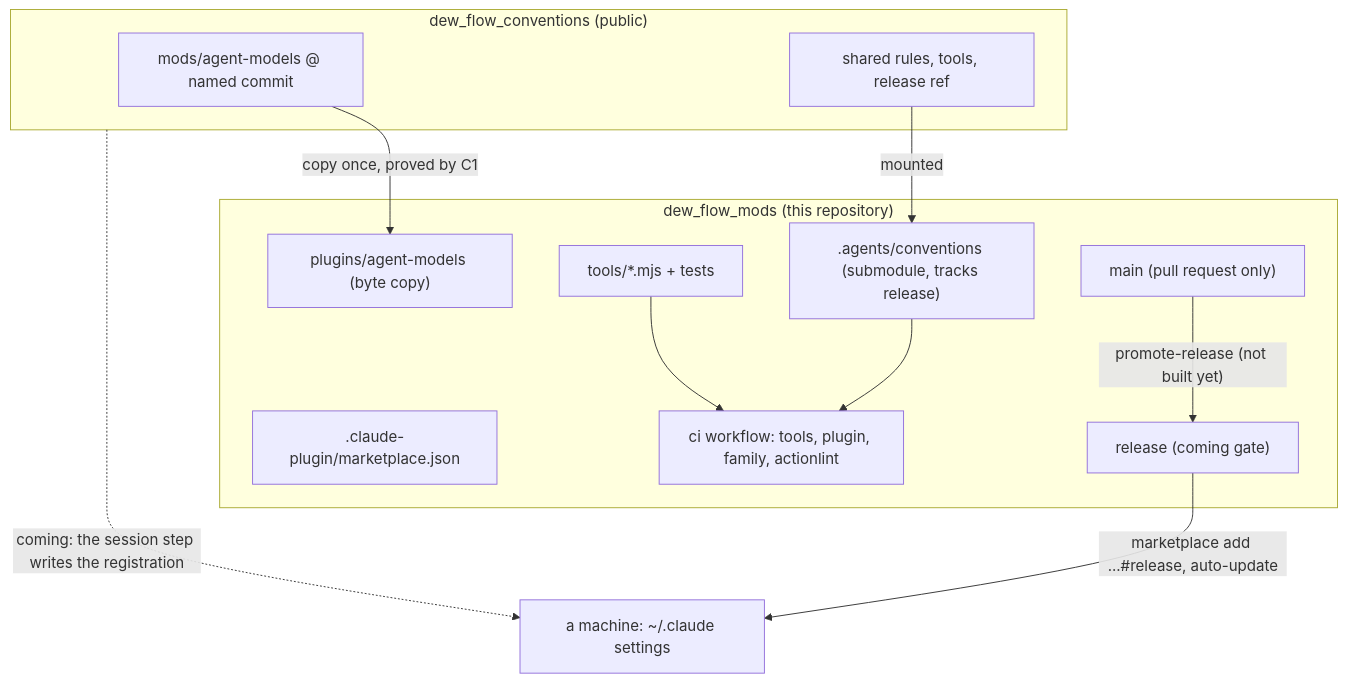
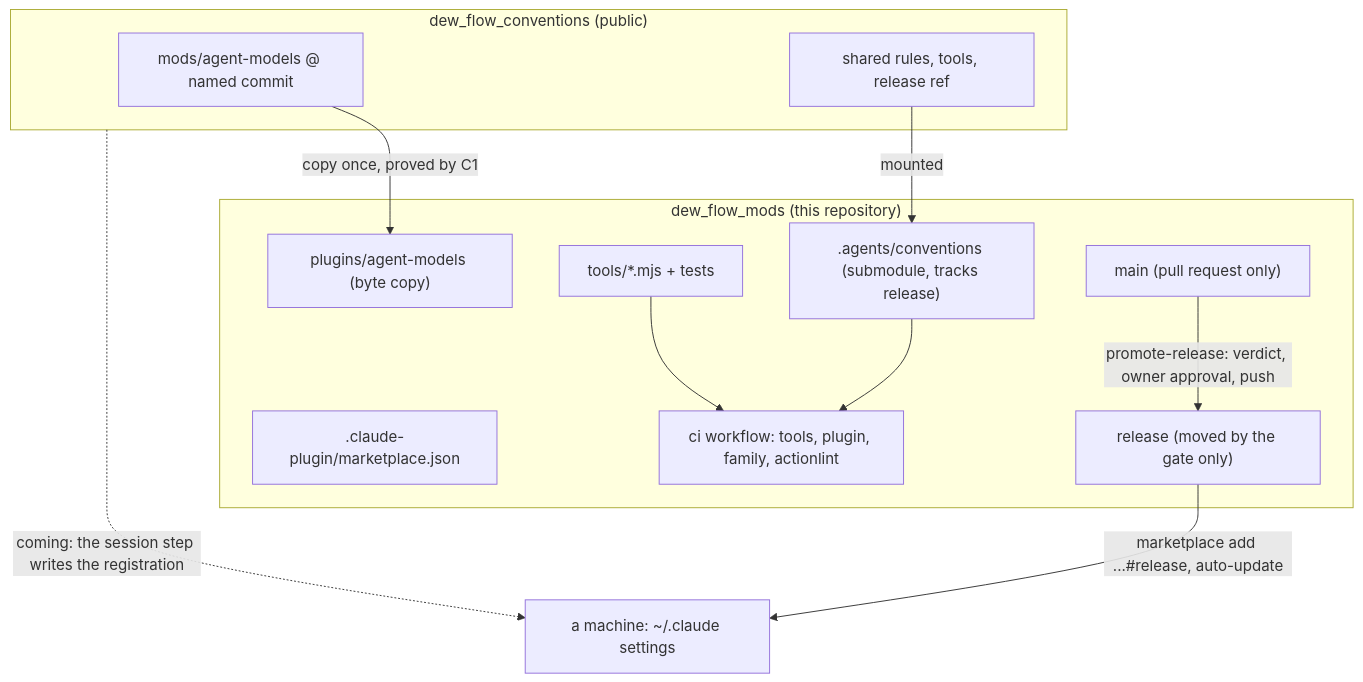
One commit to oleksandrdubyna88/dew_flow_mods changed the diagram in research/architecture.md. Above: the diagram before and after it, drawn with Mermaid. The commit also changed other lines of this file and 29 other files, not shown here.

First line of the commit message:
feat(release): the release gate — promote-release with layout and version gates, the release environment, rulesets as data (#2)

````diff
--- a/research/architecture.md
+++ b/research/architecture.md
@@ -7,24 +7,24 @@
 ```mermaid
 flowchart TB
   subgraph conv["dew_flow_conventions (public)"]
     src["mods/agent-models @ named commit"]
     rules["shared rules, tools, release ref"]
   end
   subgraph mods["dew_flow_mods (this repository)"]
     plugin["plugins/agent-models (byte copy)"]
     cat[".claude-plugin/marketplace.json"]
     tools["tools/*.mjs + tests"]
     mount[".agents/conventions (submodule, tracks release)"]
     ci["ci workflow: tools, plugin, family, actionlint"]
     main["main (pull request only)"]
-    rel["release (coming gate)"]
+    rel["release (moved by the gate only)"]
   end
   machine["a machine: ~/.claude settings"]
   src -- "copy once, proved by C1" --> plugin
   rules -- "mounted" --> mount
   mount --> ci
   tools --> ci
-  main -- "promote-release (not built yet)" --> rel
+  main -- "promote-release: verdict, owner approval, push" --> rel
   rel -- "marketplace add ...#release, auto-update" --> machine
   conv -. "coming: the session step writes the registration" .-> machine
 ```
````
